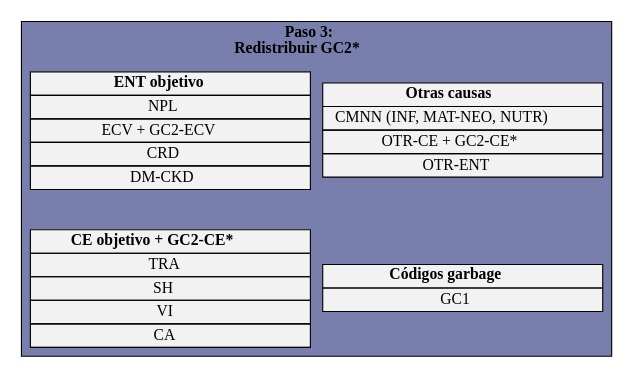
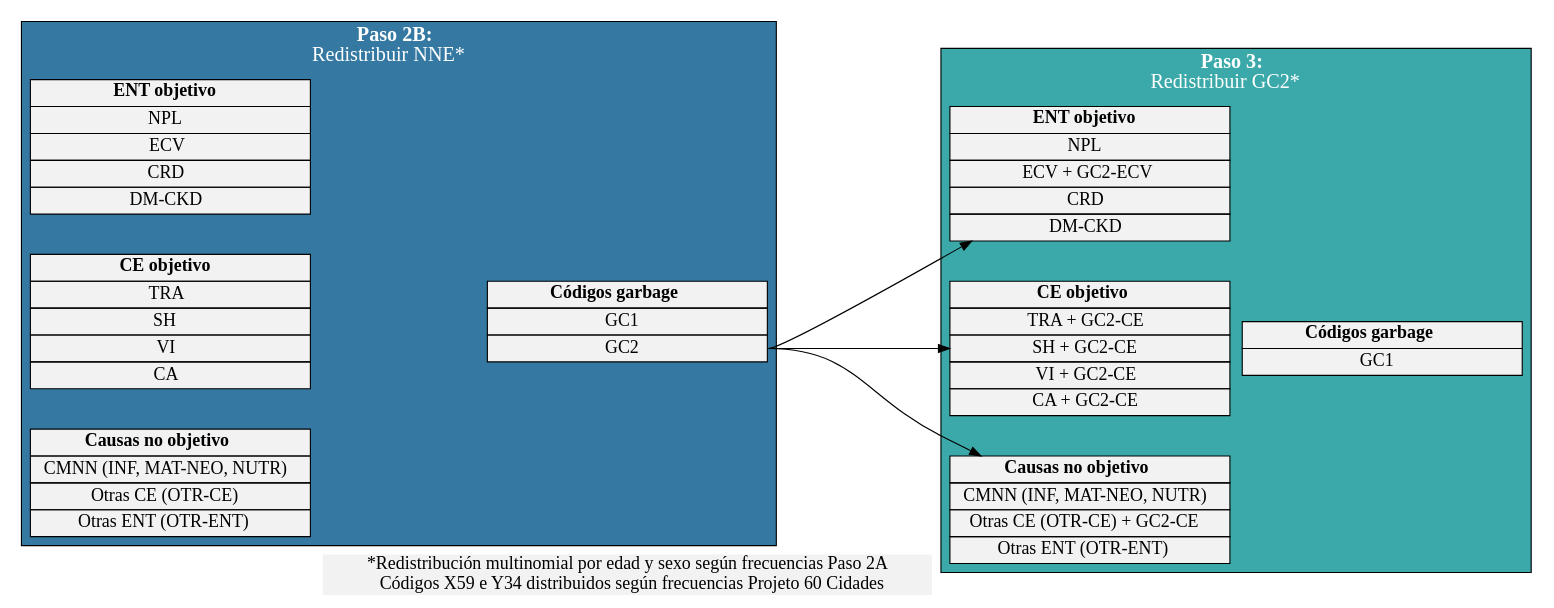
One commit to datos-ine/power_recod_GC changed the fourth of 5 diagrams in index.qmd. Above: the diagram before and after it, drawn with Graphviz. The commit also changed other lines of this file and 37 other files, not shown here.

````diff
--- a/index.qmd
+++ b/index.qmd
@@ -631,10 +848,10 @@
 ```{dot}
 //| id: Paso 3
 digraph G {
-    rankdir=LR
+  rankdir=LR
    graph[
-    fontsize = 14
-    fontname="Times-Roman"
+    fontsize = 18
+    fontname="Calibri"
     style = filled
     nodesep=.5
     ranksep=.15
@@ -645,14 +862,93 @@
     shape = plain
     style = filled
     fillcolor="grey95"
-    fontsize = 14
-    fontname="Times-Roman"
+    fontsize = 16
+    fontname="Calibri"
     width=3.25
    ]
-    subgraph cluster_paso3{
-    fillcolor="#4D5492BF"
-    label = <<b>Paso 3:<br/> Redistribuir GC2*</b>>
+  
+  subgraph cluster_paso2B{  
+    fillcolor= "#3579A2"
+    fontcolor=white
+    label = <<b>Paso 2B:</b><br/> Redistribuir NNE*>
+  
+    ent2b[label = <
+    <table border="0" cellborder = "1" cellspacing  ="0">
+    <tr>
+    <td width="250"><b>ENT objetivo</b></td>
+    </tr>
+    <tr>
+    <td> NPL </td>
+    </tr>    
+    <tr>
+    <td> ECV </td>
+    </tr>
+    <tr>
+    <td> CRD </td>
+    </tr>    
+    <tr>
+    <td> DM-CKD </td>
+    </tr>
+    </table>
+    >]
+  
+    ce2b[label = <
+    <table border="0" cellborder = "1" cellspacing  ="0">
+    <tr>
+    <td width="250"><b>CE objetivo</b></td>
+    </tr>
+    <tr>
+    <td> TRA </td>
+    </tr>
+    <tr>
+    <td> SH </td>
+    </tr>    
+    <tr>
+    <td> VI </td>
+    </tr> 
+    <tr>
+    <td> CA </td>
+    </tr> 
+    </table>
+    >]
+  
+    otras2b[label = <
+    <table border="0" cellborder = "1" cellspacing  ="0">
+    <tr>
+    <td width="250"><b>Causas no objetivo</b></td>
+    </tr>
+    <tr>
+    <td port="cmnn"> CMNN (INF, MAT-NEO, NUTR) </td>
+    </tr>
+    <tr>
+    <td> Otras CE (OTR-CE) </td>
+    </tr>
+    <tr>
+    <td> Otras ENT (OTR-ENT) </td>
+    </tr>
+    </table>
+    >]
+  
+    gc2b[label = <
+    <table border="0" cellborder = "1" cellspacing  ="0">
+    <tr>
+    <td width="250"><b>Códigos garbage</b></td>
+    </tr>
+    <tr>
+    <td> GC1 </td>
+    </tr>
+    <tr>
+    <td port="gc2"> GC2 </td>
+    </tr>
+    </table>
+    >]
+   }
 
+subgraph cluster_paso3{  
+    fillcolor=  "#3BA9AA"
+    fontcolor=white
+    label = <<b>Paso 3:</b><br/> Redistribuir GC2*>
+  
     ent3[label = <
     <table border="0" cellborder = "1" cellspacing  ="0">
     <tr>
@@ -660,13 +956,13 @@
     </tr>
     <tr>
     <td> NPL </td>
-    </tr>
+    </tr>    
     <tr>
-    <td> ECV + GC2-ECV</td>
+    <td> ECV + GC2-ECV </td>
     </tr>
     <tr>
     <td> CRD </td>
-    </tr>
+    </tr>    
     <tr>
     <td> DM-CKD </td>
     </tr>
@@ -676,52 +972,59 @@
     ce3[label = <
     <table border="0" cellborder = "1" cellspacing  ="0">
     <tr>
-    <td width="250"><b>CE objetivo + GC2-CE*</b></td>
+    <td width="250"><b>CE objetivo </b></td>
     </tr>
     <tr>
-    <td> TRA </td>
+    <td> TRA + GC2-CE </td>
     </tr>
     <tr>
-    <td> SH </td>
-    </tr>
+    <td> SH + GC2-CE </td>
+    </tr>    
     <tr>
-    <td> VI </td>
-    </tr>
+    <td> VI + GC2-CE </td>
+    </tr> 
     <tr>
-    <td> CA </td>
-    </tr>
+    <td> CA + GC2-CE </td>
+    </tr> 
     </table>
     >]
   
     otras3[label = <
     <table border="0" cellborder = "1" cellspacing  ="0">
     <tr>
-    <td width="250"><b>Otras causas</b></td>
+    <td width="250"><b>Causas no objetivo</b></td>
     </tr>
     <tr>
-    <td> CMNN (INF, MAT-NEO, NUTR) </td>
+    <td port="cmnn"> CMNN (INF, MAT-NEO, NUTR) </td>
     </tr>
     <tr>
-    <td> OTR-CE + GC2-CE*</td>
+    <td> Otras CE (OTR-CE) + GC2-CE </td>
     </tr>
     <tr>
-    <td> OTR-ENT</td>
+    <td> Otras ENT (OTR-ENT) </td>
     </tr>
     </table>
     >]
   
-  gc3[label = <
+    gc3[label = <
     <table border="0" cellborder = "1" cellspacing  ="0">
     <tr>
     <td width="250"><b>Códigos garbage</b></td>
     </tr>
     <tr>
-    <td port="gc1"> GC1 </td>
+    <td> GC1 </td>
     </tr>
     </table>
     >]
-    }
-    
-    ent3 -> otras3 [style="invis"]
-    ce3 -> gc3 [style="invis"]}
+   }
+
+   t1[label = "*Redistribución multinomial por edad y sexo según frecuencias Paso 2A
+   Códigos X59 e Y34 distribuidos según frecuencias Projeto 60 Cidades"]
+
+ce2b -> gc2b [style="invis"]
+ce3 -> gc3 [style="invis"]
+gc2b:gc2 -> {ent3 ce3 otras3}
+otras2b -> t1 [style="invis"]
+
+   }
 ```
````
